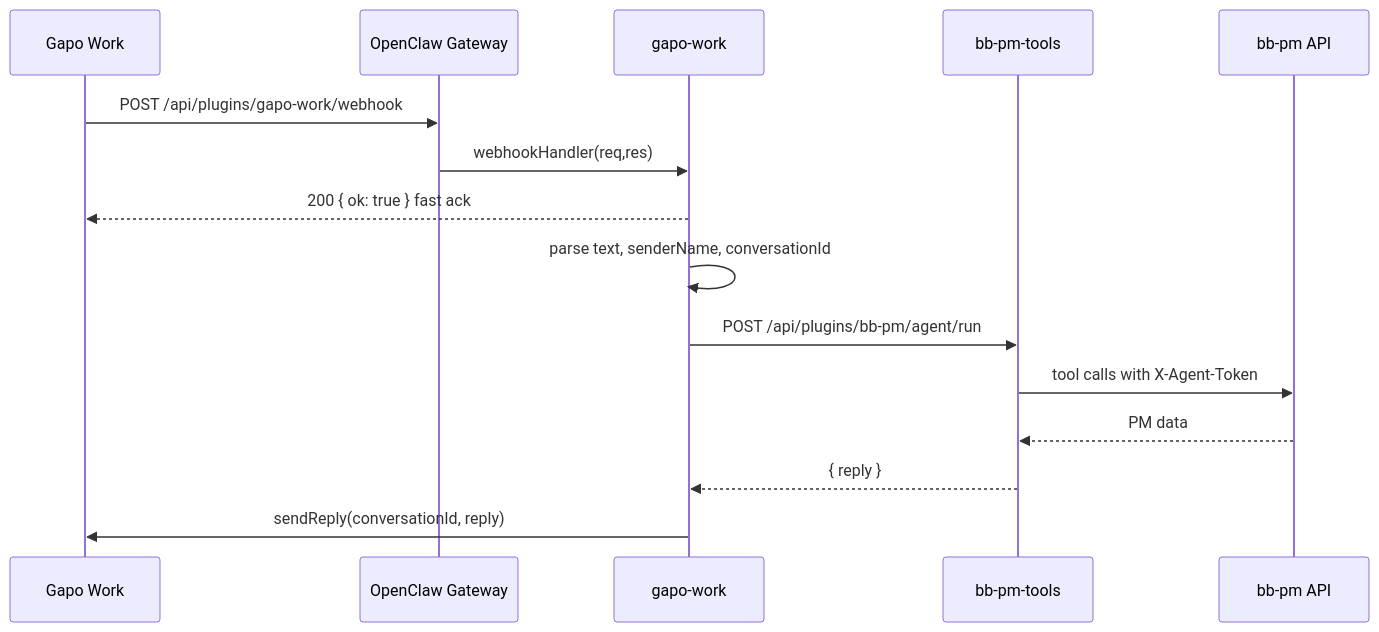
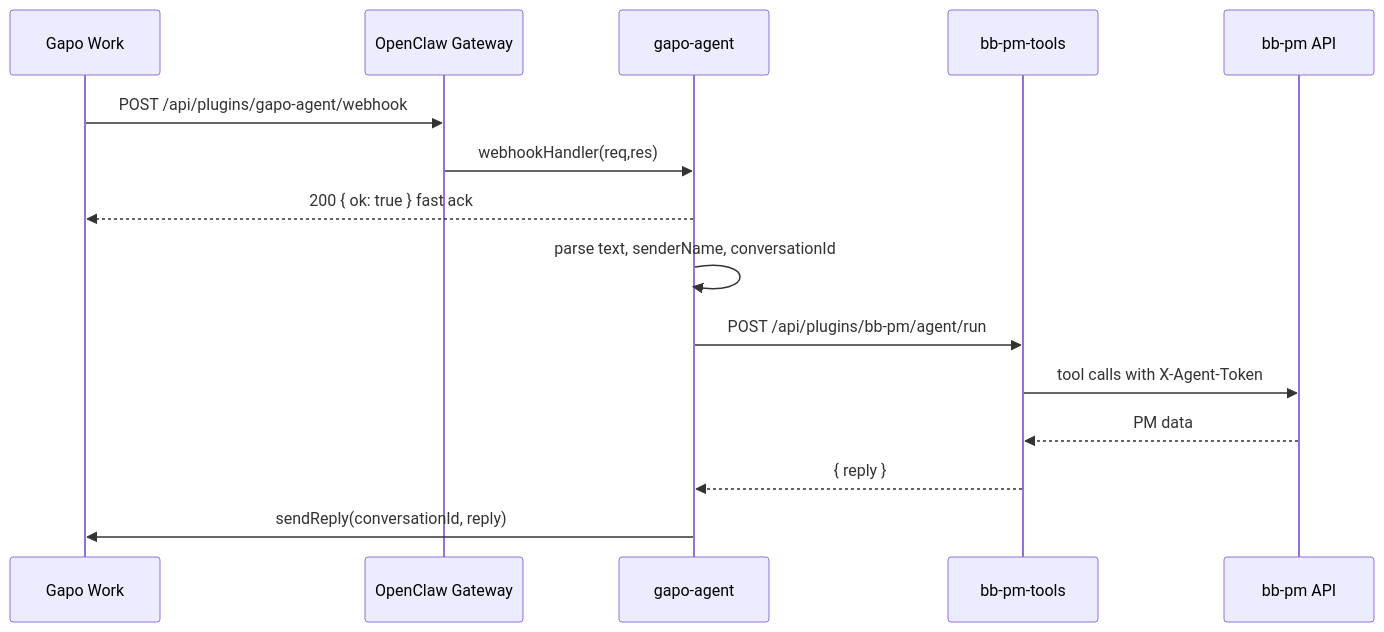
Before and after one commit to dangtrantanluc/odoo: diagram 16 of 17 in INTERNAL_TECHNICAL_DOCUMENTATION.md, drawn with Mermaid. The commit also changed other lines of this file and 2303 other files, not shown here.

````diff
--- a/INTERNAL_TECHNICAL_DOCUMENTATION.md
+++ b/INTERNAL_TECHNICAL_DOCUMENTATION.md
@@ -2073,18 +2081,18 @@
 ```mermaid
 sequenceDiagram
   participant Gapo as Gapo Work
   participant GW as OpenClaw Gateway
-  participant GP as gapo-work
+  participant GP as gapo-agent
   participant BP as bb-pm-tools
   participant API as bb-pm API
 
-  Gapo->>GW: POST /api/plugins/gapo-work/webhook
+  Gapo->>GW: POST /api/plugins/gapo-agent/webhook
   GW->>GP: webhookHandler(req,res)
   GP-->>Gapo: 200 { ok: true } fast ack
   GP->>GP: parse text, senderName, conversationId
   GP->>BP: POST /api/plugins/bb-pm/agent/run
   BP->>API: tool calls with X-Agent-Token
   API-->>BP: PM data
   BP-->>GP: { reply }
   GP->>Gapo: sendReply(conversationId, reply)
 ```
````
